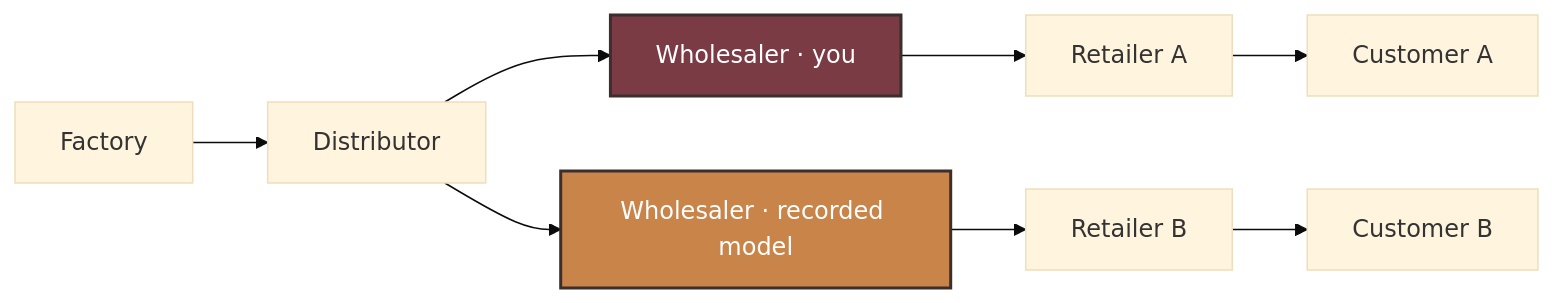
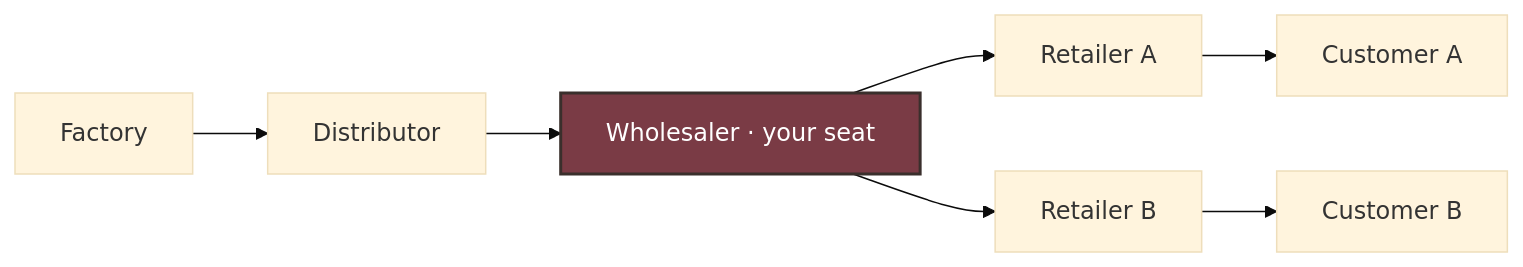
One commit to ConstantinVictorBeatErtel/Supply_Chain_Bench changed the diagram in README.md. Above: the diagram before and after it, drawn with Mermaid (base theme). The commit also changed other lines of this file, not shown here.

First line of the commit message:
Fix the wholesaler count and the Y rationale in the intro

````diff
--- a/README.md
+++ b/README.md
@@ -9,10 +15,7 @@
 ```mermaid
 flowchart LR
-  F[Factory] --> D[Distributor]
-  D --> WH["Wholesaler · you"]
-  D --> WM["Wholesaler · recorded model"]
+  F[Factory] --> D[Distributor] --> WH["Wholesaler · your seat"]
   WH --> RA[Retailer A] --> CA[Customer A]
-  WM --> RB[Retailer B] --> CB[Customer B]
+  WH --> RB[Retailer B] --> CB[Customer B]
   style WH fill:#7A3B45,color:#FFFFFF,stroke:#3A2F2C,stroke-width:2px
-  style WM fill:#C9844A,color:#FFFFFF,stroke:#3A2F2C,stroke-width:2px
 ```
````
